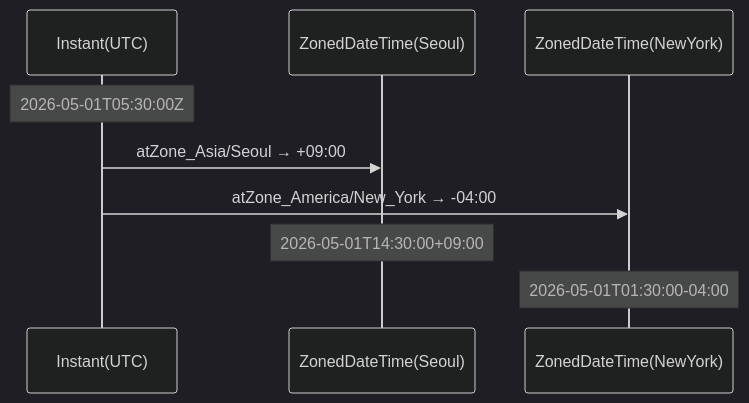
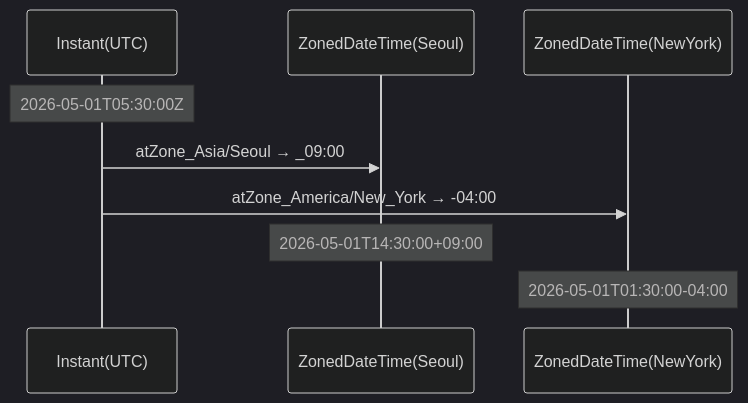
The third of 5 diagrams in _posts/java/2026-05-01-java-datetime.md (yjkim2015/yjkim2015.github.io), drawn with Mermaid (dark theme) before and after one commit. The commit also changed 38 other files, not shown here.

First line of the commit message:
Mermaid 파싱 에러 최종 수정 + 화살표 간격 확대

````diff
--- a/_posts/java/2026-05-01-java-datetime.md
+++ b/_posts/java/2026-05-01-java-datetime.md
@@ -185,11 +185,11 @@
 ```mermaid
 sequenceDiagram
     participant I as Instant(UTC)
     participant S as ZonedDateTime(Seoul)
     participant N as ZonedDateTime(NewYork)
     Note over I: 2026-05-01T05:30:00Z
-    I->>S: atZone_Asia/Seoul → +09:00
+    I->>S: atZone_Asia/Seoul → _09:00
     I->>N: atZone_America/New_York → -04:00
     Note over S: 2026-05-01T14:30:00+09:00
     Note over N: 2026-05-01T01:30:00-04:00
 ```
````
